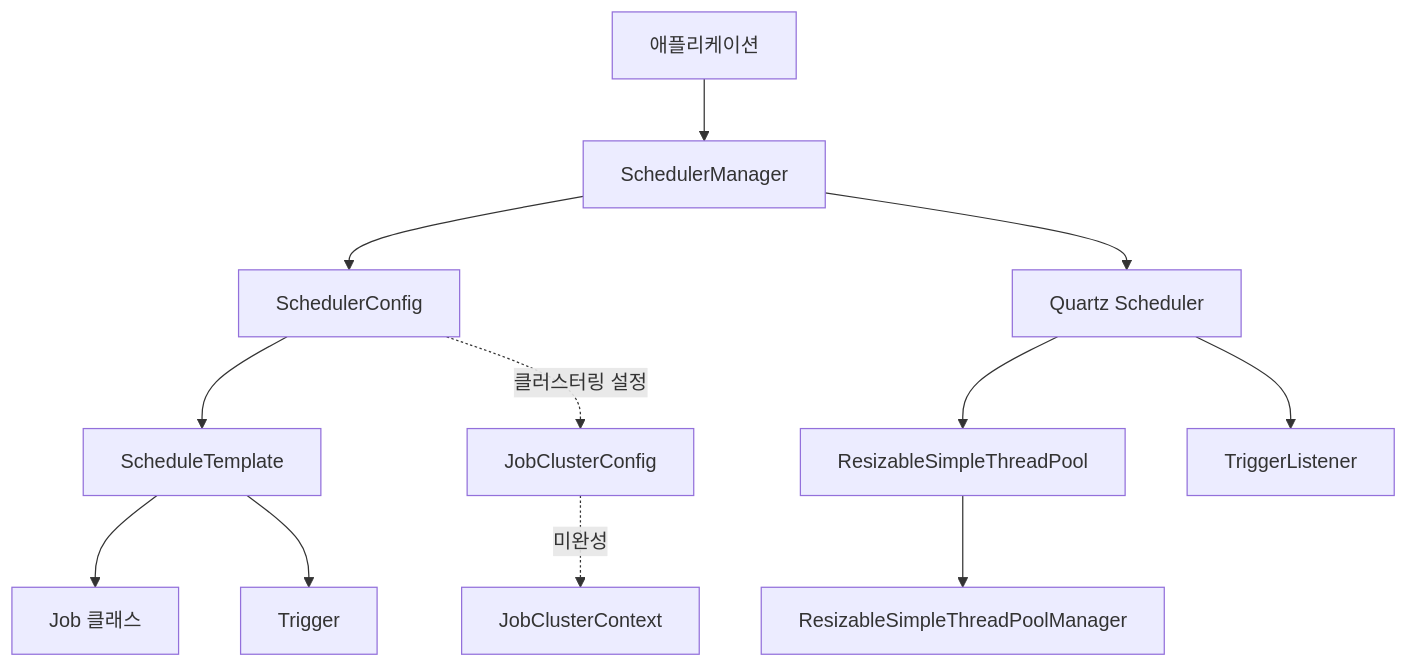
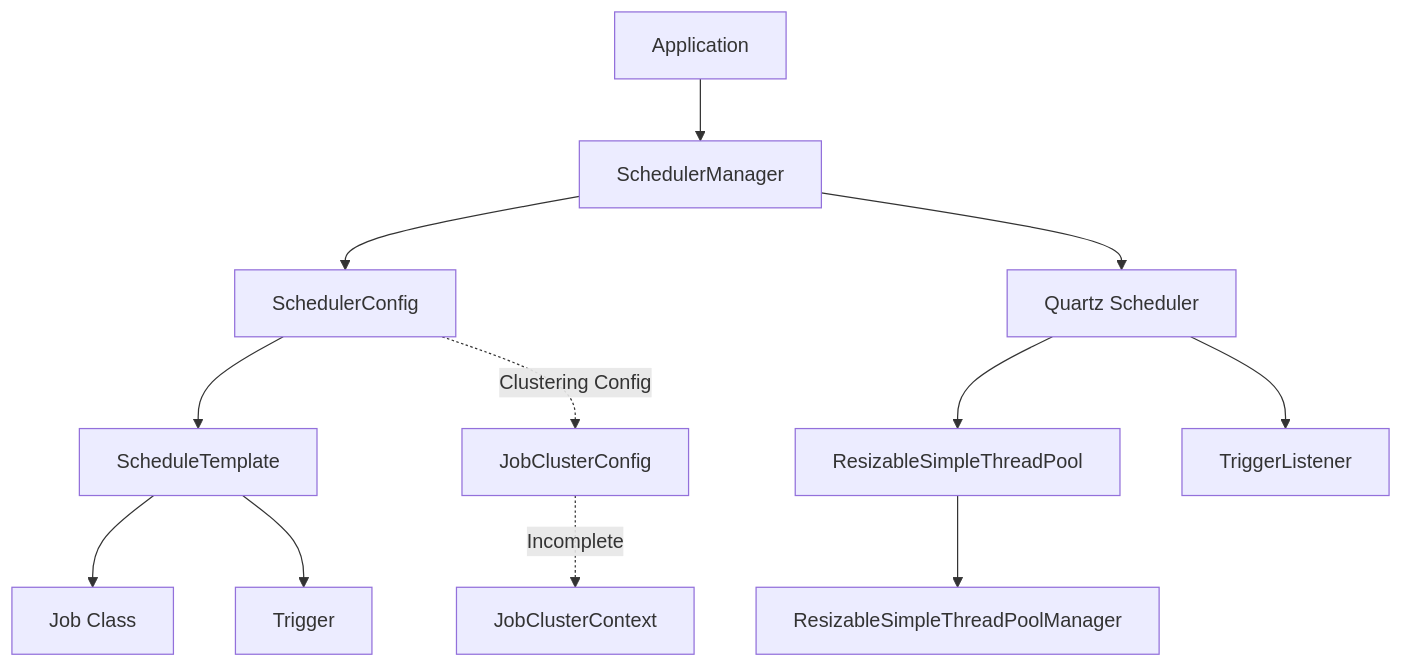
The diagram in README.md (YuHyunO/Scheduler), drawn with Mermaid before and after one commit. The commit also changed other lines of this file and 2 other files, not shown here.

````diff
--- a/README.md
+++ b/README.md
@@ -242,17 +242,17 @@
 ```mermaid
 graph TB
-    App[애플리케이션] --> SM[SchedulerManager]
+    App[Application] --> SM[SchedulerManager]
     SM --> SC[SchedulerConfig]
     SC --> ST[ScheduleTemplate]
-    ST --> Job[Job 클래스]
+    ST --> Job[Job Class]
     ST --> Trigger[Trigger]
     
     SM --> Scheduler[Quartz Scheduler]
     Scheduler --> RSTP[ResizableSimpleThreadPool]
     RSTP --> RSTPM[ResizableSimpleThreadPoolManager]
     
-    SC -.->|클러스터링 설정| JC[JobClusterConfig]
-    JC -.->|미완성| JCC[JobClusterContext]
+    SC -.->|Clustering Config| JC[JobClusterConfig]
+    JC -.->|Incomplete| JCC[JobClusterContext]
     
     Scheduler --> Listener[TriggerListener]
 ```
````
